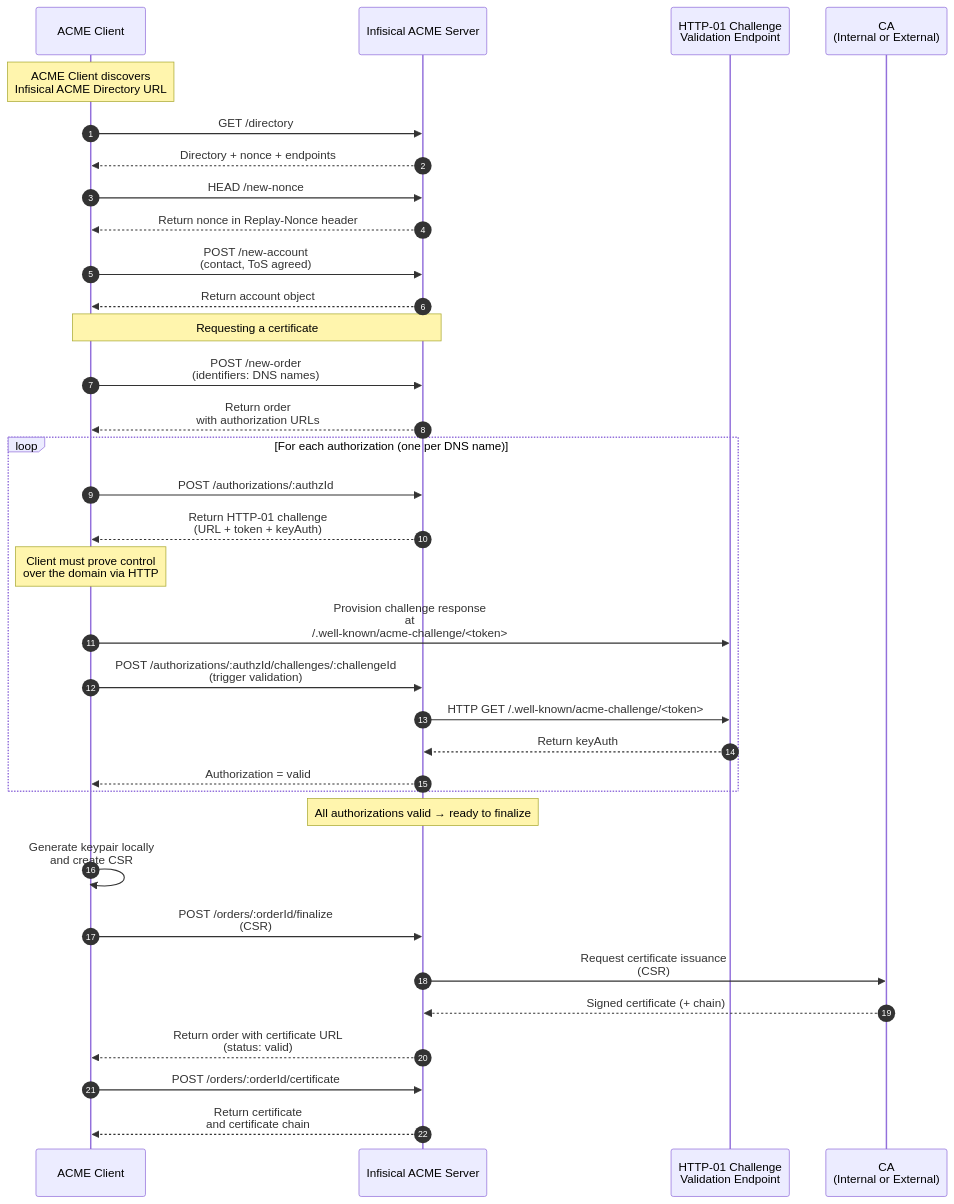
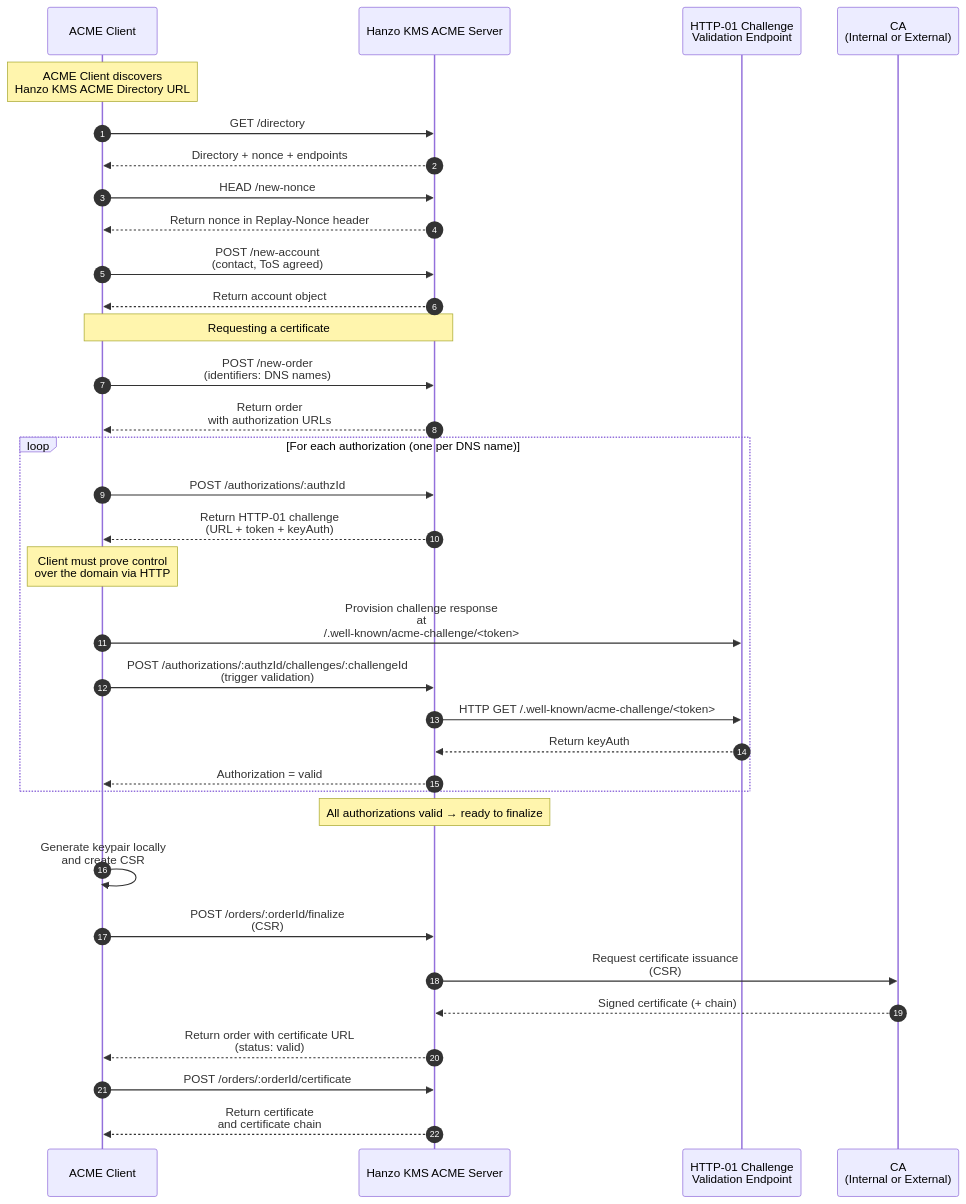
The diagram in docs/documentation/platform/pki/guides/request-cert-acme.mdx (hanzoai/kms), drawn with Mermaid before and after one commit. The commit also changed other lines of this file and 927 other files, not shown here.

First line of the commit message:
feat: complete Hanzo KMS rebranding across upstream merge

````diff
--- a/docs/documentation/platform/pki/guides/request-cert-acme.mdx
+++ b/docs/documentation/platform/pki/guides/request-cert-acme.mdx
@@ -16,53 +16,53 @@
 ```mermaid
 sequenceDiagram
   autonumber
   participant ACME as ACME Client
-  participant Infis as Infisical ACME Server
+  participant Infis as Hanzo KMS ACME Server
   participant Authz as HTTP-01 Challenge<br/>Validation Endpoint
   participant CA as CA<br/>(Internal or External)
 
-  Note over ACME: ACME Client discovers<br/>Infisical ACME Directory URL
+  Note over ACME: ACME Client discovers<br/>Hanzo KMS ACME Directory URL
 
   ACME->>Infis: GET /directory
   Infis-->>ACME: Directory + nonce + endpoints
 
   ACME->>Infis: HEAD /new-nonce
   Infis-->>ACME: Return nonce in Replay-Nonce header
 
   ACME->>Infis: POST /new-account<br/>(contact, ToS agreed)
   Infis-->>ACME: Return account object
 
   Note over ACME,Infis: Requesting a certificate
 
   ACME->>Infis: POST /new-order<br/>(identifiers: DNS names)
   Infis-->>ACME: Return order<br/>with authorization URLs
 
   loop For each authorization (one per DNS name)
     ACME->>Infis: POST /authorizations/:authzId
     Infis-->>ACME: Return HTTP-01 challenge<br/>(URL + token + keyAuth)
 
     Note over ACME: Client must prove control<br/>over the domain via HTTP
 
     ACME->>Authz: Provision challenge response<br/>at<br/>/.well-known/acme-challenge/<token>
 
     ACME->>Infis: POST /authorizations/:authzId/challenges/:challengeId<br/>(trigger validation)
 
     Infis->>Authz: HTTP GET /.well-known/acme-challenge/<token>
     Authz-->>Infis: Return keyAuth
 
     Infis-->>ACME: Authorization = valid
   end
 
   Note over Infis: All authorizations valid → ready to finalize
 
   ACME->>ACME: Generate keypair locally<br/>and create CSR
   ACME->>Infis: POST /orders/:orderId/finalize<br/>(CSR)
 
   Infis->>CA: Request certificate issuance<br/>(CSR)
   CA-->>Infis: Signed certificate (+ chain)
 
   Infis-->>ACME: Return order with certificate URL<br/>(status: valid)
 
   ACME->>Infis: POST /orders/:orderId/certificate
   Infis-->>ACME: Return certificate<br/>and certificate chain
 ```
````
